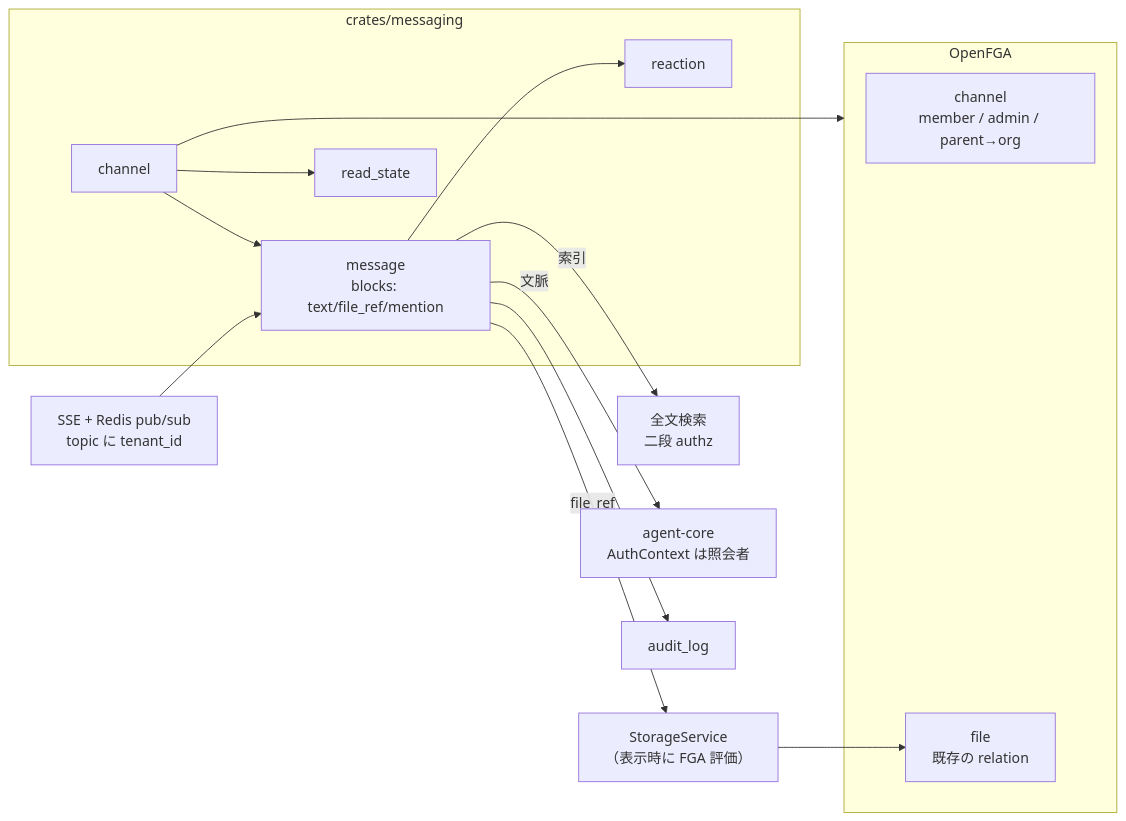
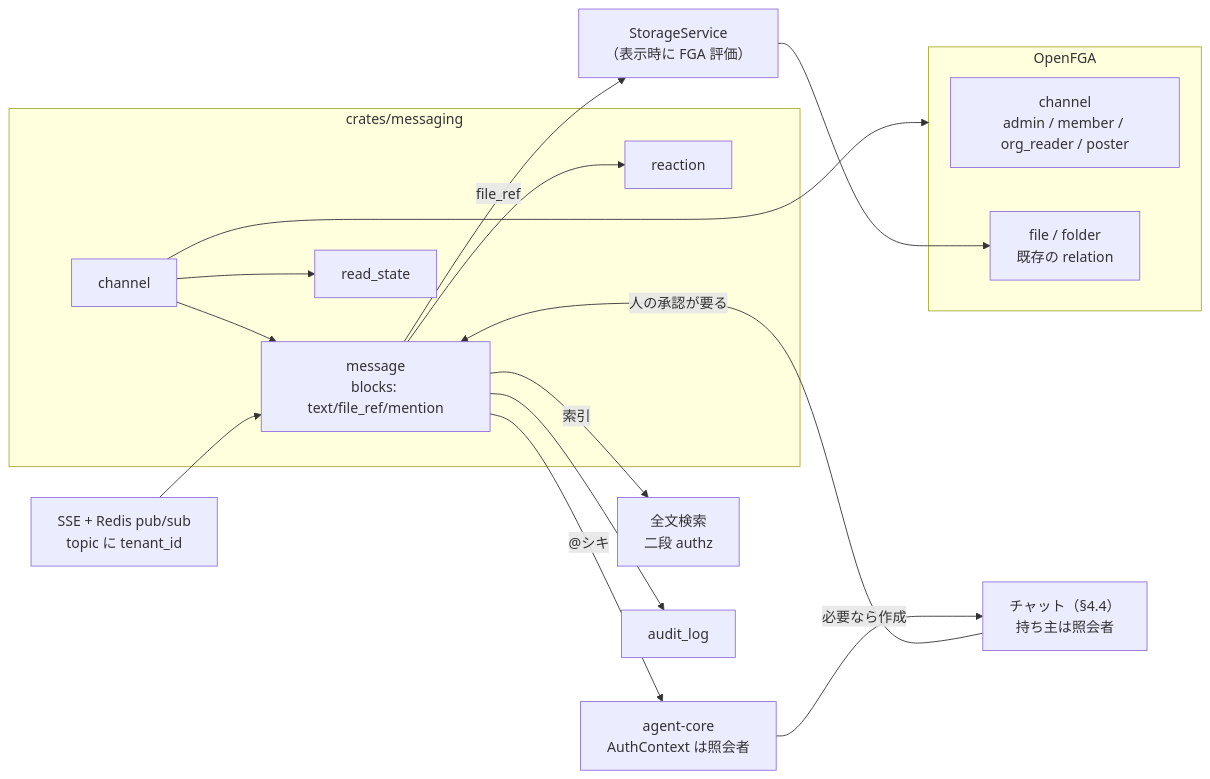
One commit to imanect-labs/shiki-platform changed the tenth of 10 diagrams in docs/design.md. Above: the diagram before and after it, drawn with Mermaid. The commit also changed other lines of this file and 3 other files, not shown here.

````diff
--- a/docs/design.md
+++ b/docs/design.md
@@ -1405,19 +1406,21 @@
 ```mermaid
 flowchart LR
   subgraph FGA["OpenFGA"]
-    CH["channel<br/>member / admin / parent→org"]
-    FILE["file<br/>既存の relation"]
+    CH["channel<br/>admin / member / org_reader / poster"]
+    FILE["file / folder<br/>既存の relation"]
   end
   subgraph MSG["crates/messaging"]
     C["channel"] --> M["message<br/>blocks: text/file_ref/mention"]
     M --> R["reaction"]
     C --> RS["read_state"]
   end
   M -- file_ref --> SS["StorageService<br/>（表示時に FGA 評価）"]
   SS --> FILE
   C --> FGA
   M -- 索引 --> FT["全文検索<br/>二段 authz"]
-  M -- 文脈 --> AC["agent-core<br/>AuthContext は照会者"]
+  M -- "@シキ" --> AC["agent-core<br/>AuthContext は照会者"]
+  AC -- 必要なら作成 --> TH["チャット（§4.4）<br/>持ち主は照会者"]
+  TH -- 人の承認が要る --> M
   M --> AUD["audit_log"]
   API["SSE + Redis pub/sub<br/>topic に tenant_id"] --> M
 ```
````
